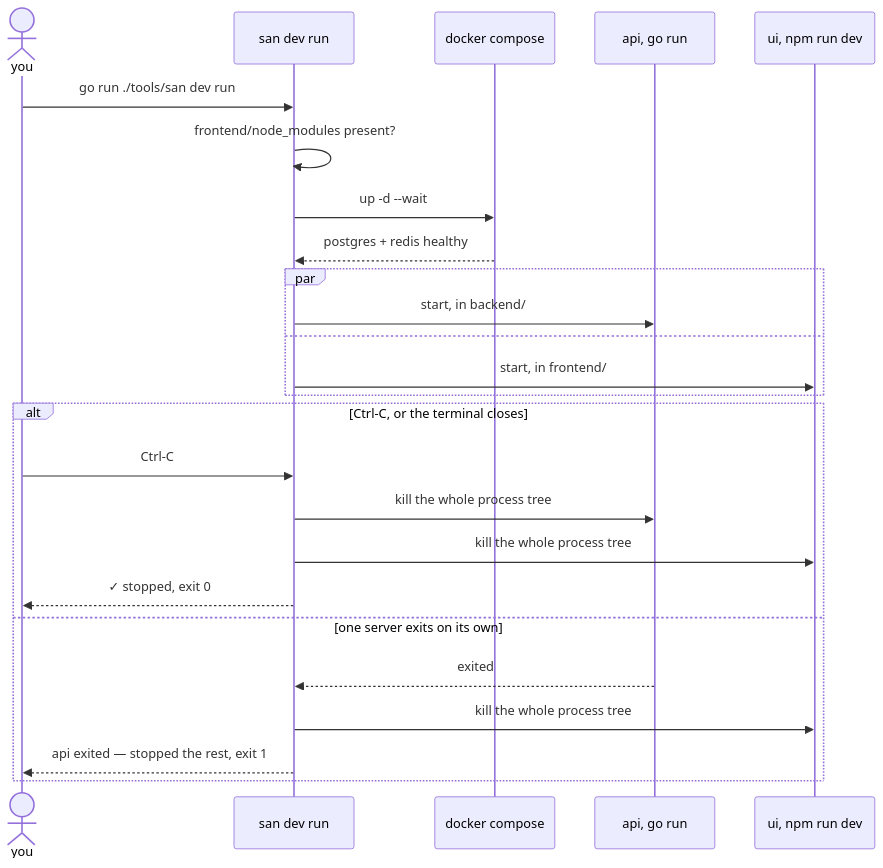
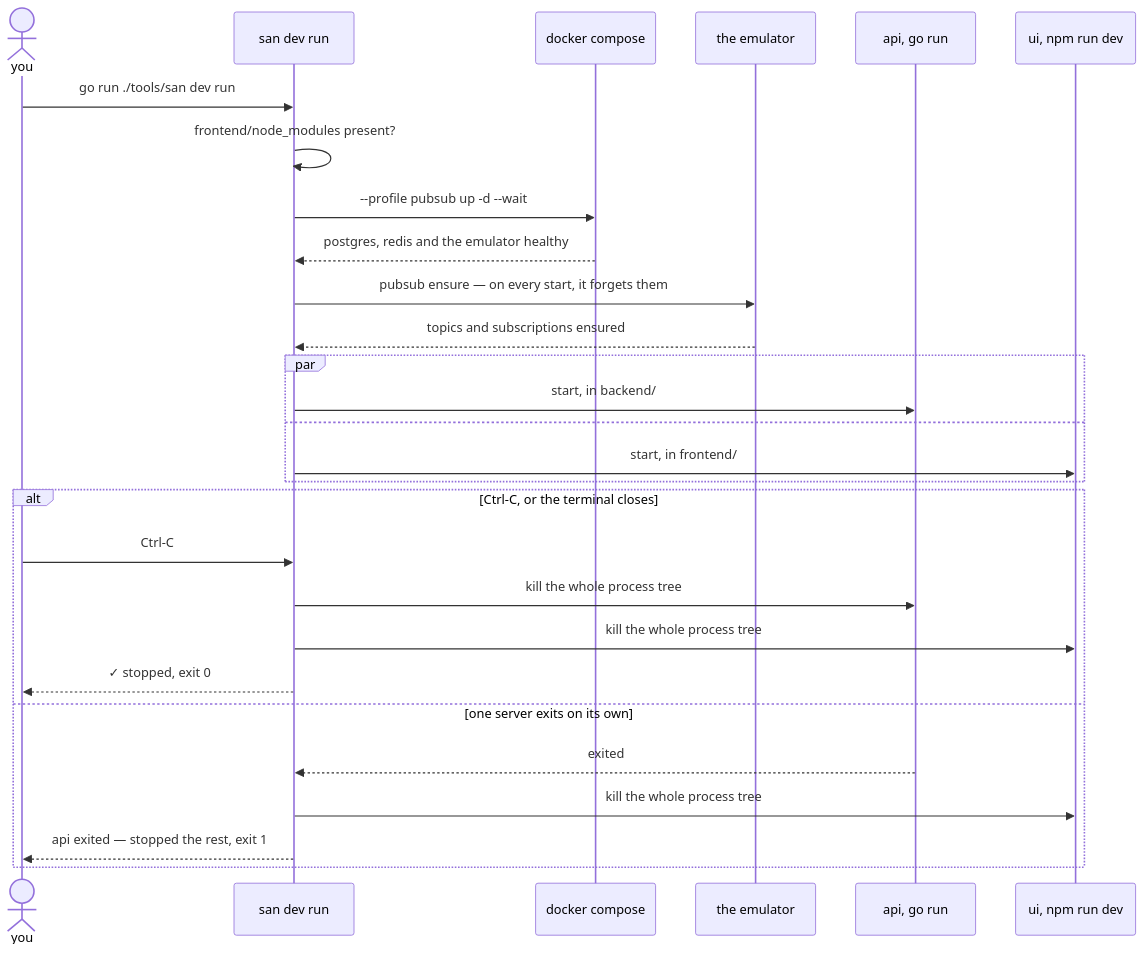
Before and after one commit to pdcgo/warehouse_revamp: the fourth of 13 diagrams in docs/tools/san.md, drawn with Mermaid. The commit also changed other lines of this file and 11 other files, not shown here.

First line of the commit message:
san: dev run and dev setup start the Pub/Sub emulator, and pubsub ensure survives a re-run

````diff
--- a/docs/tools/san.md
+++ b/docs/tools/san.md
@@ -378,27 +387,30 @@
 ```mermaid
 sequenceDiagram
     actor P as you
     participant S as san dev run
     participant D as docker compose
+    participant E as the emulator
     participant A as api, go run
     participant U as ui, npm run dev
     P->>S: go run ./tools/san dev run
     S->>S: frontend/node_modules present?
-    S->>D: up -d --wait
-    D-->>S: postgres + redis healthy
+    S->>D: --profile pubsub up -d --wait
+    D-->>S: postgres, redis and the emulator healthy
+    S->>E: pubsub ensure — on every start, it forgets them
+    E-->>S: topics and subscriptions ensured
     par
         S->>A: start, in backend/
     and
         S->>U: start, in frontend/
     end
     alt Ctrl-C, or the terminal closes
         P->>S: Ctrl-C
         S->>A: kill the whole process tree
         S->>U: kill the whole process tree
         S-->>P: ✓ stopped, exit 0
     else one server exits on its own
         A-->>S: exited
         S->>U: kill the whole process tree
         S-->>P: api exited — stopped the rest, exit 1
     end
 ```
````
